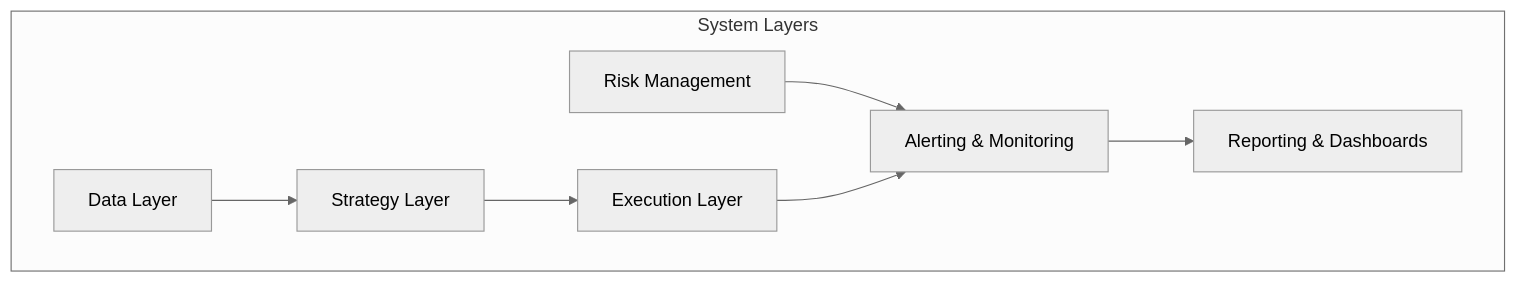
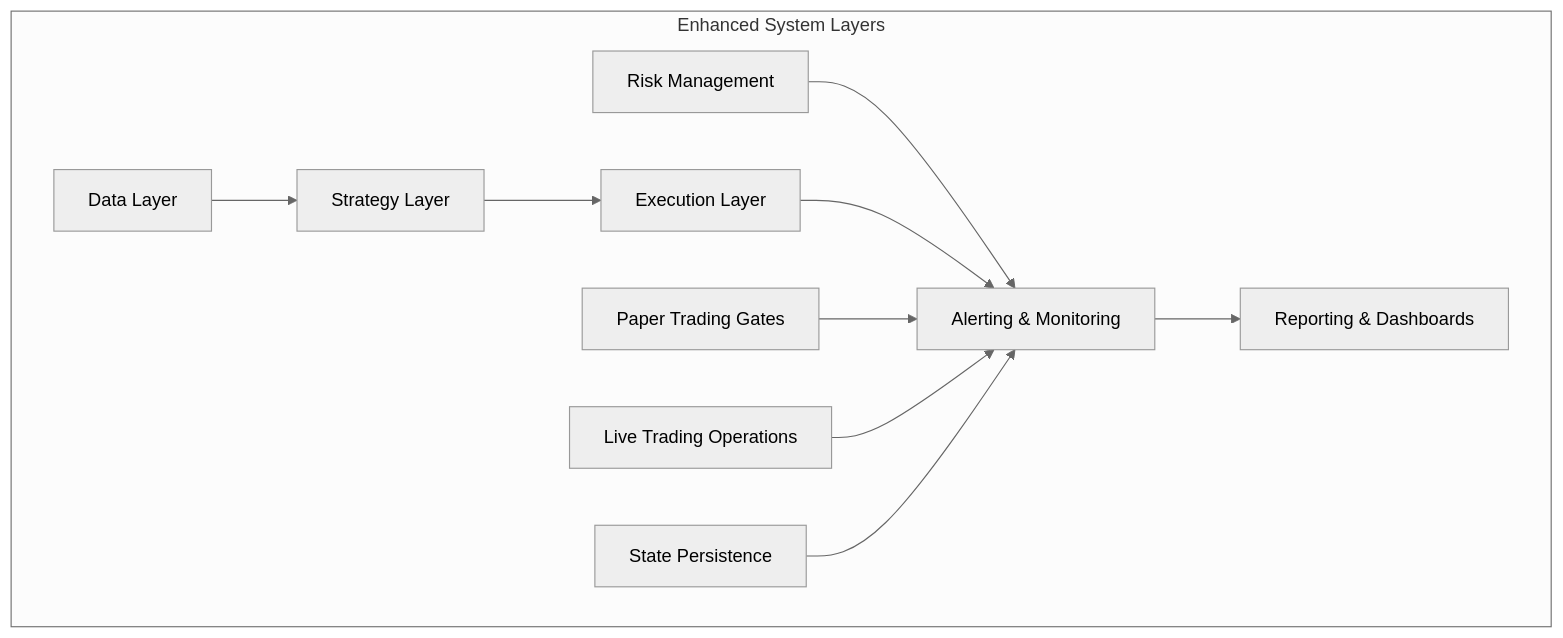
Before and after one commit to guofeng201507/shark-quant-trader: the first of 5 diagrams in .qoder/repowiki/en/content/Monitoring and Alerting.md, drawn with Mermaid (neutral theme). The commit also changed other lines of this file and 14 other files, not shown here.

````diff
--- a/.qoder/repowiki/en/content/Monitoring and Alerting.md
+++ b/.qoder/repowiki/en/content/Monitoring and Alerting.md
@@ -43,16 +52,22 @@
 ```mermaid
 graph TB
-subgraph "System Layers"
+subgraph "Enhanced System Layers"
 Data["Data Layer"]
 Strategy["Strategy Layer"]
 Execution["Execution Layer"]
 Risk["Risk Management"]
 Alerts["Alerting & Monitoring"]
+PaperTrading["Paper Trading Gates"]
+LiveTrading["Live Trading Operations"]
+State["State Persistence"]
 Reporting["Reporting & Dashboards"]
 end
 Data --> Strategy
 Strategy --> Execution
 Risk --> Alerts
 Execution --> Alerts
+PaperTrading --> Alerts
+LiveTrading --> Alerts
+State --> Alerts
 Alerts --> Reporting
 ```
````
